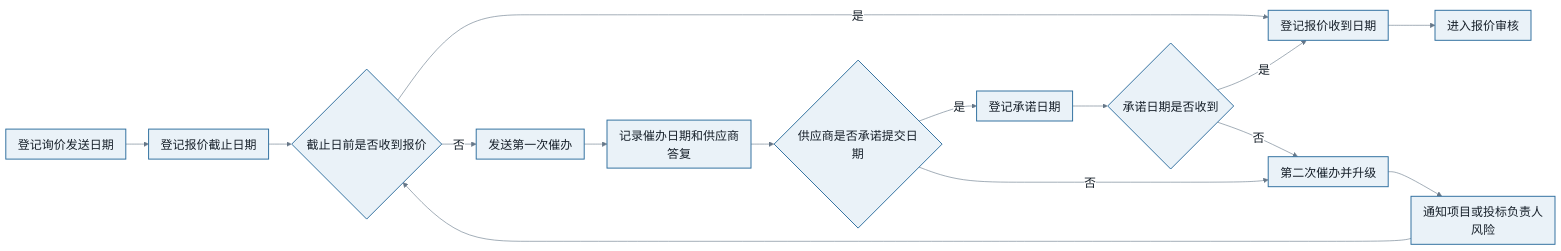
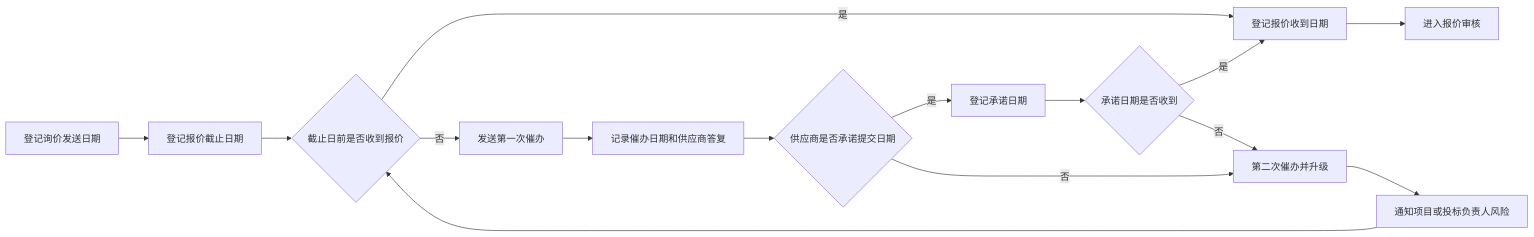
One commit to giengenbw/chassisprocess changed the ninth of 56 diagrams in README.md. Above: the diagram before and after it, drawn with Mermaid. The commit also changed other lines of this file, not shown here.

````diff
--- a/README.md
+++ b/README.md
@@ -347,22 +314,17 @@
 ```mermaid
-%%{init: {'theme':'base','flowchart':{'curve':'basis','nodeSpacing':24,'rankSpacing':38,'padding':10,'htmlLabels':true,'useMaxWidth':true},'themeVariables':{'fontFamily':'Microsoft YaHei, Noto Sans SC, Arial, sans-serif','fontSize':'20px','primaryColor':'#EAF2F8','primaryTextColor':'#17202A','primaryBorderColor':'#2E6E9E','lineColor':'#667788','secondaryColor':'#FFF4D6','tertiaryColor':'#E8F6F3','edgeLabelBackground':'#FFFFFF'}}}%%
-flowchart LR
+graph LR
     A["登记询价发送日期"] --> B["登记报价截止日期"]
     B --> C{"截止日前是否收到报价"}
-    C -->|是| D["登记报价收到日期"]
+    C -- 是 --> D["登记报价收到日期"]
     D --> E["进入报价审核"]
-    C -->|否| F["发送第一次催办"]
+    C -- 否 --> F["发送第一次催办"]
     F --> G["记录催办日期和供应商答复"]
     G --> H{"供应商是否承诺提交日期"}
-    H -->|是| I["登记承诺日期"]
+    H -- 是 --> I["登记承诺日期"]
     I --> J{"承诺日期是否收到"}
-    J -->|是| D
-    J -->|否| K["第二次催办并升级"]
-    H -->|否| K
+    J -- 是 --> D
+    J -- 否 --> K["第二次催办并升级"]
+    H -- 否 --> K
     K --> L["通知项目或投标负责人风险"]
     L --> C
-    classDef default fill:#EAF2F8,stroke:#2E6E9E,stroke-width:1.6px,color:#17202A,font-size:20px;
-    classDef decision fill:#FFF4D6,stroke:#B8860B,stroke-width:2px,color:#4A3A00,font-size:20px;
-    classDef exception fill:#FCE8E6,stroke:#B3261E,stroke-width:2px,color:#6A1B16,font-size:20px;
-    classDef outcome fill:#E8F6F3,stroke:#16836B,stroke-width:2px,color:#0B5345,font-size:20px;
 ```
````
